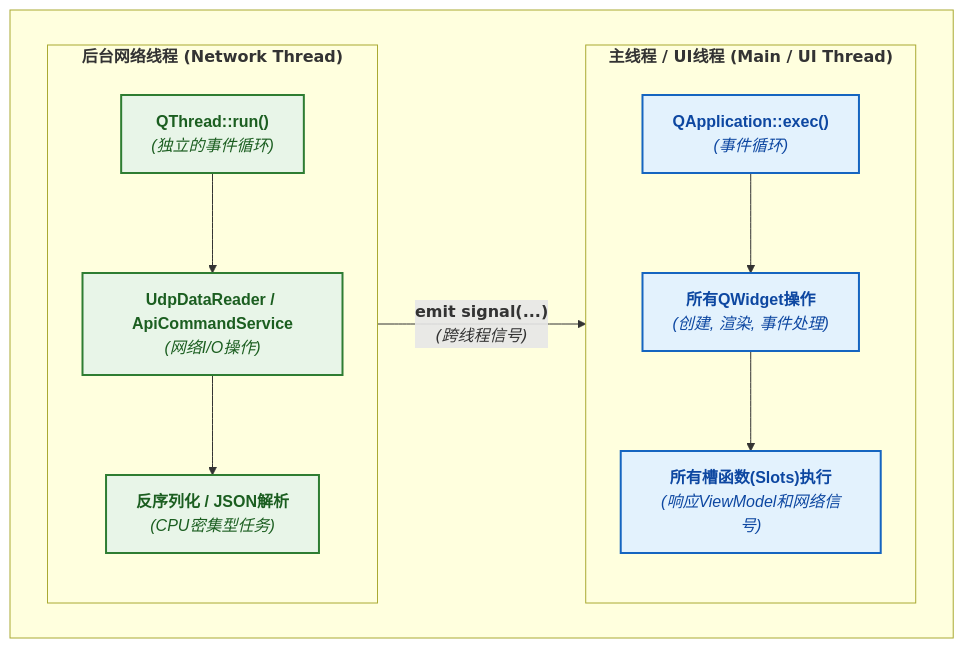
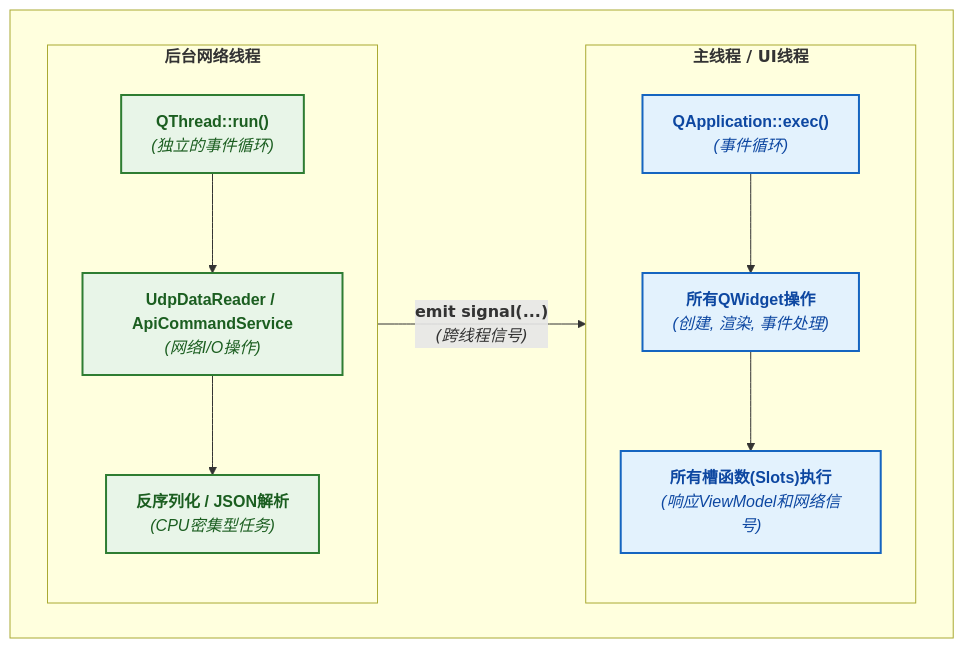
The seventh of 8 diagrams in docs/01_项目设计/02_模块设计/09_显控终端应用设计.md (wendizhou99-cell/Radar), drawn with Mermaid before and after one commit. The commit also changed other lines of this file and 8 other files, not shown here.

````diff
--- a/docs/01_项目设计/02_模块设计/09_显控终端应用设计.md
+++ b/docs/01_项目设计/02_模块设计/09_显控终端应用设计.md
@@ -450,27 +472,27 @@
 ```mermaid
 graph TD
     subgraph " "
         direction LR
 
-        subgraph "<b>主线程 / UI线程 (Main / UI Thread)</b>"
+        subgraph "<b>主线程 / UI线程 </b>"
             direction TB
             A["<b>QApplication::exec()</b><br/><i>(事件循环)</i>"] --> B["<b>所有QWidget操作</b><br/><i>(创建, 渲染, 事件处理)</i>"];
             B --> C["<b>所有槽函数(Slots)执行</b><br/><i>(响应ViewModel和网络信号)</i>"];
         end
 
-        subgraph "<b>后台网络线程 (Network Thread)</b>"
+        subgraph "<b>后台网络线程</b>"
             direction TB
             D["<b>QThread::run()</b><br/><i>(独立的事件循环)</i>"] --> E["<b>UdpDataReader / ApiCommandService</b><br/><i>(网络I/O操作)</i>"];
             E --> F["<b>反序列化 / JSON解析</b><br/><i>(CPU密集型任务)</i>"];
         end
     end
 
     %% Cross-thread communication
     F -- "<b>emit signal(...)</b><br/><i>(跨线程信号)</i>" --> C
 
     classDef ui_thread fill:#e3f2fd,stroke:#1565c0,stroke-width:2px,color:#0d47a1,font-family:Arial
     classDef network_thread fill:#e8f5e8,stroke:#2e7d32,stroke-width:2px,color:#1b5e20,font-family:Arial
 
     class A,B,C ui_thread
     class D,E,F network_thread
 ```
````
